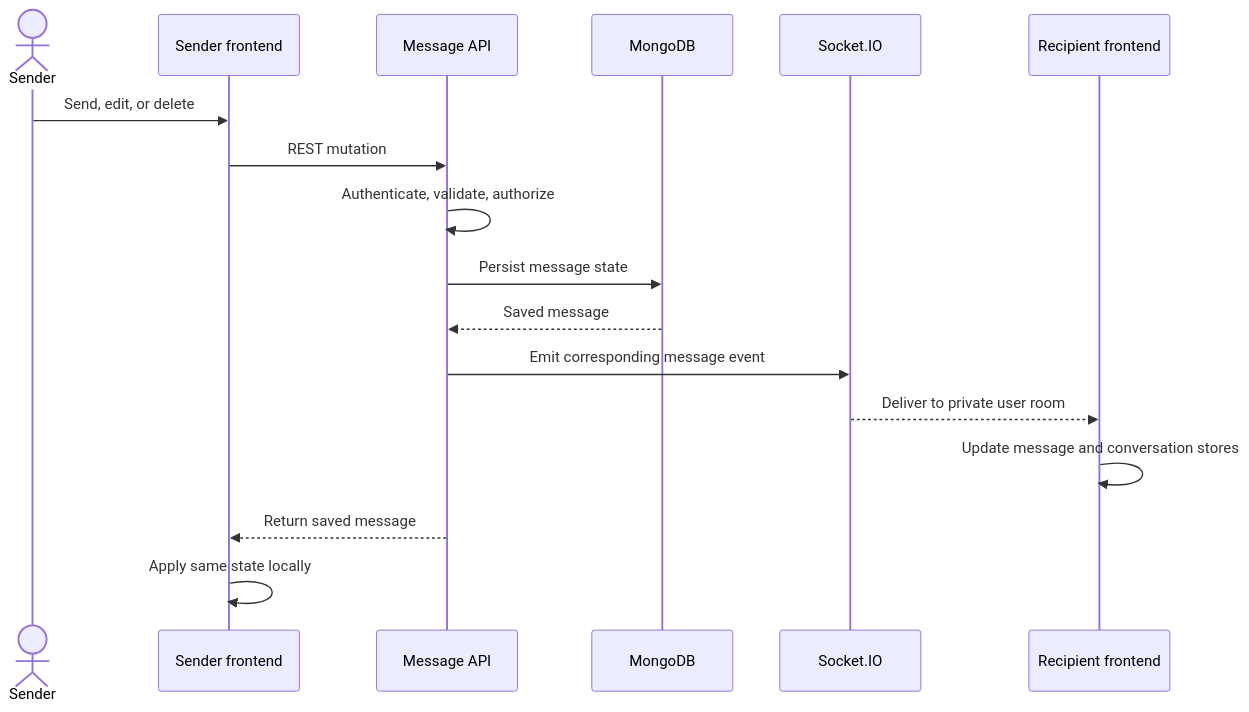
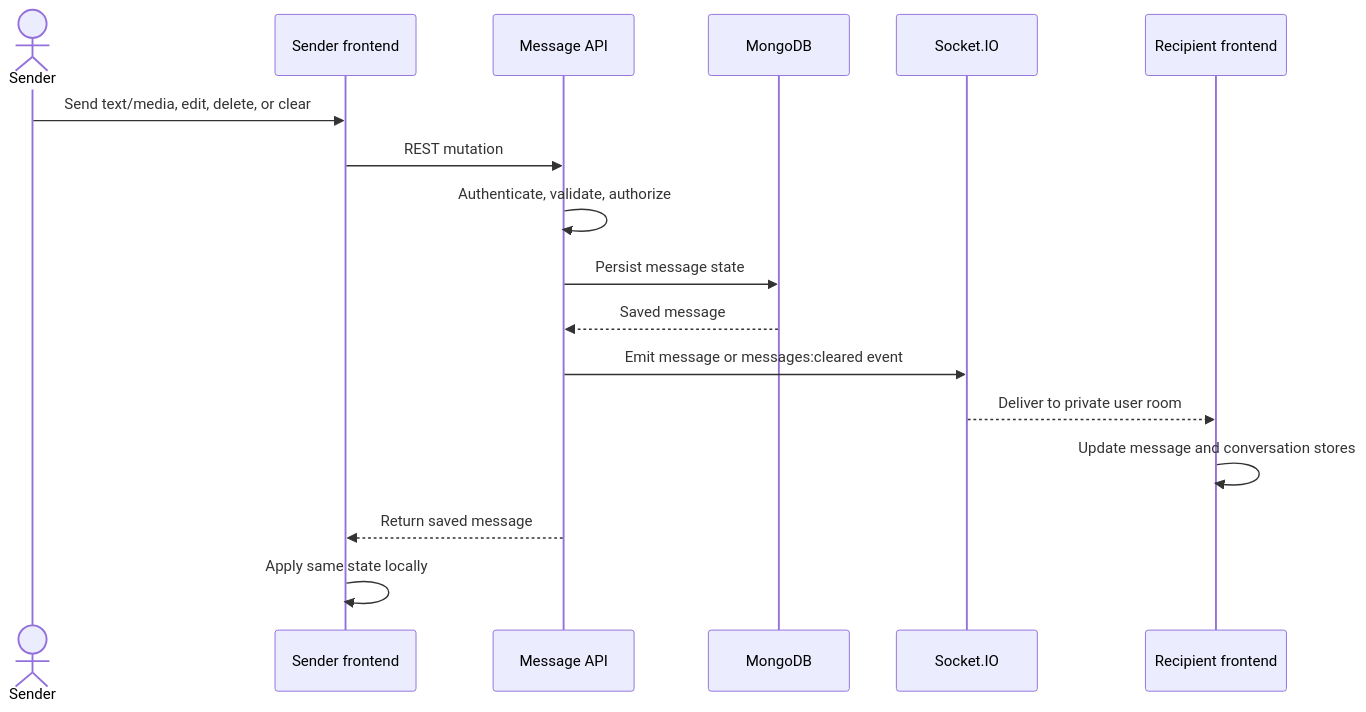
Before and after one commit to Saurav11343/click-chat: the third of 5 diagrams in docs/05-realtime-events.md, drawn with Mermaid. The commit also changed other lines of this file and 11 other files, not shown here.

Commit message:
update diagrams

````diff
--- a/docs/05-realtime-events.md
+++ b/docs/05-realtime-events.md
@@ -81,20 +82,20 @@
 ```mermaid
 sequenceDiagram
     actor S as Sender
     participant SF as Sender frontend
     participant API as Message API
     participant DB as MongoDB
     participant IO as Socket.IO
     participant RF as Recipient frontend
 
-    S->>SF: Send, edit, or delete
+    S->>SF: Send text/media, edit, delete, or clear
     SF->>API: REST mutation
     API->>API: Authenticate, validate, authorize
     API->>DB: Persist message state
     DB-->>API: Saved message
-    API->>IO: Emit corresponding message event
+    API->>IO: Emit message or messages:cleared event
     IO-->>RF: Deliver to private user room
     RF->>RF: Update message and conversation stores
     API-->>SF: Return saved message
     SF->>SF: Apply same state locally
 ```
````
